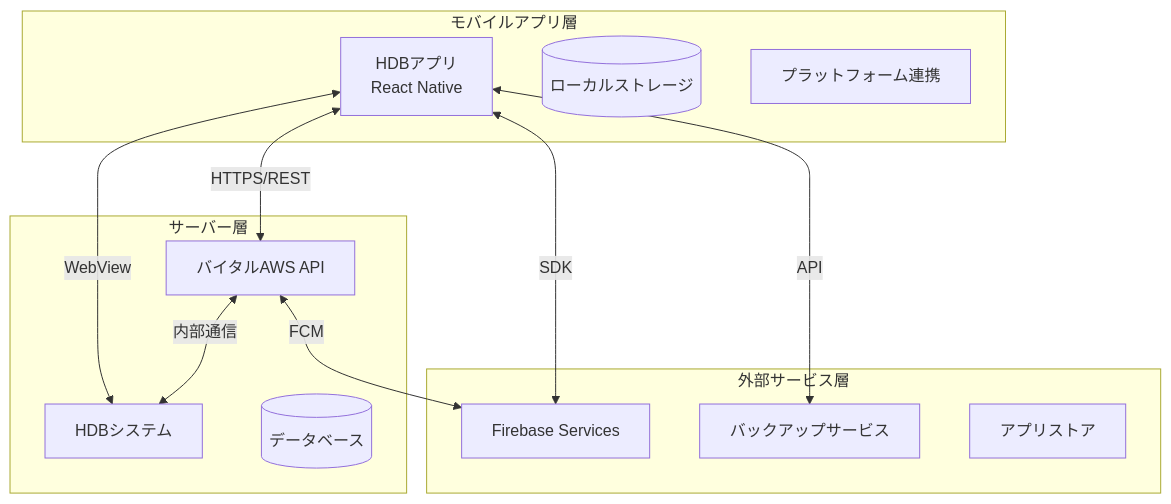
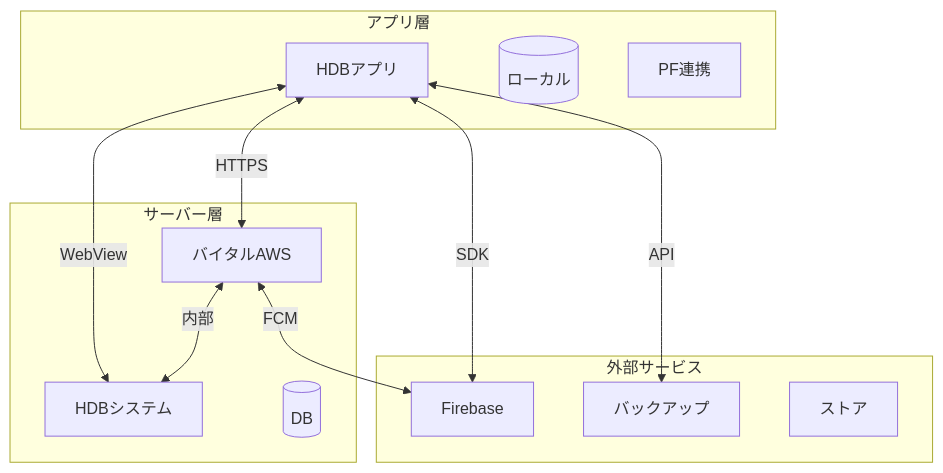
Before and after one commit to sasaibu/hdb: the first of 4 diagrams in doc/設計資料/連携処理方式概要設計書.md, drawn with Mermaid. The commit also changed other lines of this file, not shown here.

Commit message:
連携処理方式概要設計書修正

````diff
--- a/doc/設計資料/連携処理方式概要設計書.md
+++ b/doc/設計資料/連携処理方式概要設計書.md
@@ -15,27 +14,27 @@
 ```mermaid
 graph TB
-    subgraph "モバイルアプリ層"
-        APP[HDBアプリ<br/>React Native]
-        LOCAL[(ローカルストレージ)]
-        PLATFORM[プラットフォーム連携]
+    subgraph "アプリ層"
+        APP[HDBアプリ]
+        LOCAL[(ローカル)]
+        PLATFORM[PF連携]
     end
     
     subgraph "サーバー層"
-        API[バイタルAWS API]
+        API[バイタルAWS]
         HDB[HDBシステム]
-        DB[(データベース)]
+        DB[(DB)]
     end
     
-    subgraph "外部サービス層"
-        FIREBASE[Firebase Services]
-        BACKUP[バックアップサービス]
-        STORE[アプリストア]
+    subgraph "外部サービス"
+        FIREBASE[Firebase]
+        BACKUP[バックアップ]
+        STORE[ストア]
     end
     
-    APP <-->|HTTPS/REST| API
+    APP <-->|HTTPS| API
     APP <-->|WebView| HDB
     APP <-->|SDK| FIREBASE
     APP <-->|API| BACKUP
-    API <-->|内部通信| HDB
+    API <-->|内部| HDB
     API <-->|FCM| FIREBASE
 ```
````
